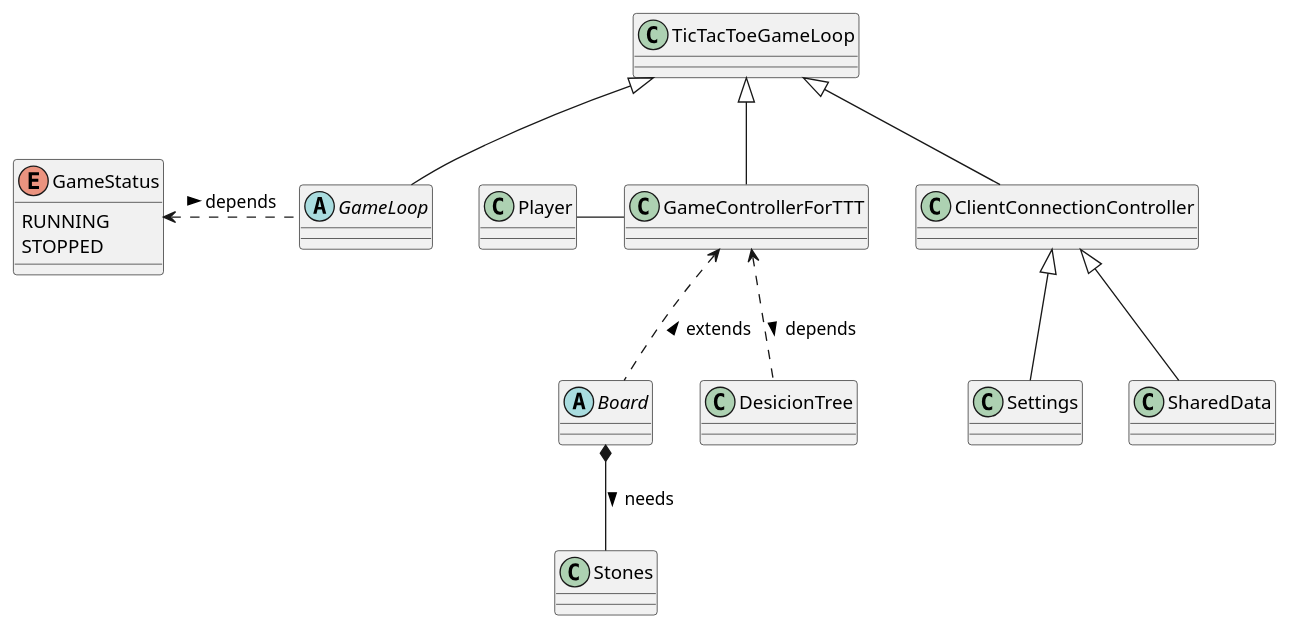
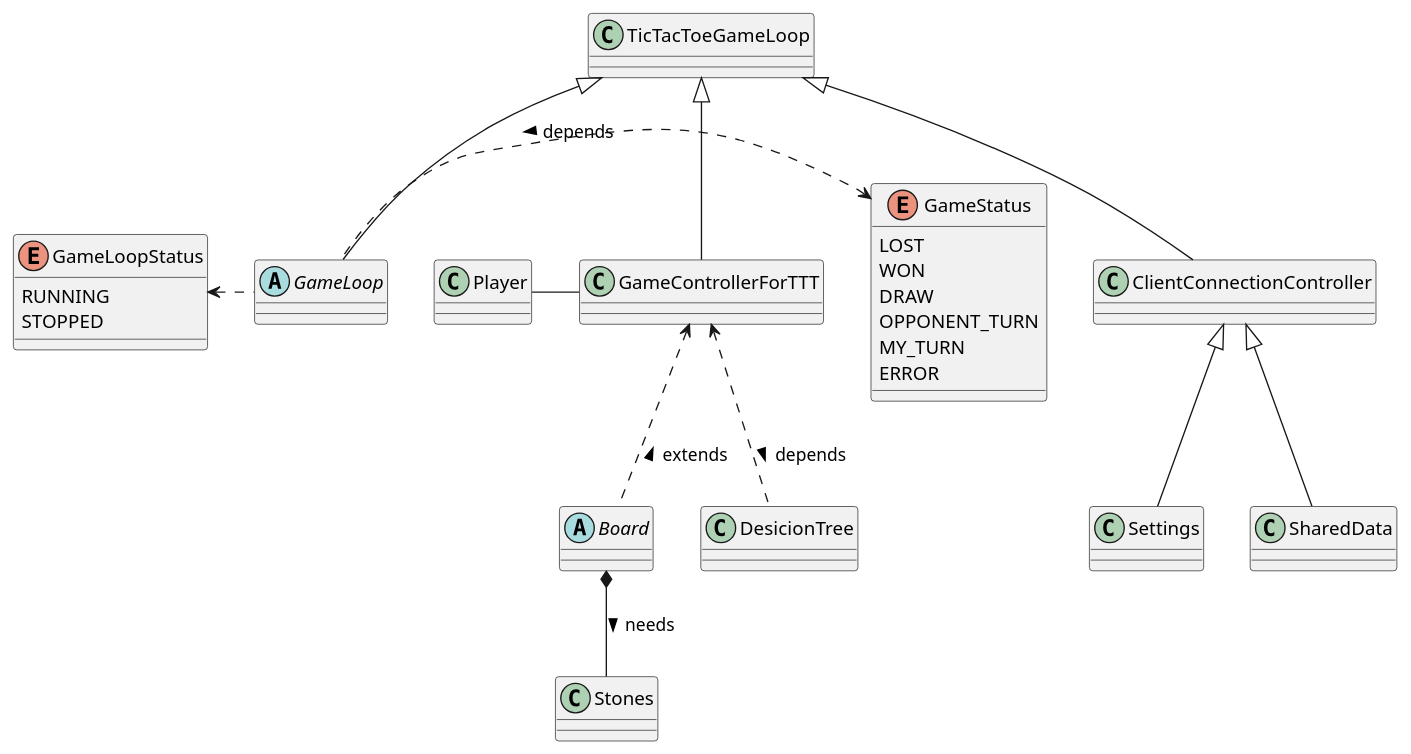
One commit to nicolaydammer/projectintelligentesystemen changed the diagram in diagrams/TicTacToe.puml. Above: the diagram before and after it, drawn with PlantUML. The commit also changed 15 other files, not shown here.

```diff
--- a/diagrams/TicTacToe.puml
+++ b/diagrams/TicTacToe.puml
@@ -1,46 +1,48 @@
 @startuml
 'https://plantuml.com/class-diagram
 
 abstract class GameLoop
 class GameControllerForTTT
 class ClientConnectionController
 class Player
 abstract class Board
 class Stones
 class TicTacToeGameLoop
 class DesicionTree
 class Settings
 class SharedData
+enum GameStatus
+enum GameLoopStatus
 
 TicTacToeGameLoop <|-- GameLoop
 TicTacToeGameLoop <|--  ClientConnectionController
+GameLoopStatus <. GameLoop
 GameStatus <. GameLoop : > depends
+
 TicTacToeGameLoop <|-- GameControllerForTTT
 
 ClientConnectionController <|-- Settings
 ClientConnectionController <|-- SharedData
 
 Player - GameControllerForTTT
 GameControllerForTTT <.. DesicionTree : > depends
 GameControllerForTTT <.. Board : < extends
 Board *-- Stones : needs >
 
-
-
-
-
-
-
-
-
-
-
 abstract class GameLoop {
 }
 
-enum GameStatus {
+enum GameLoopStatus {
 RUNNING
 STOPPED
 }
 
+enum GameStatus {
+LOST
+WON
+DRAW
+OPPONENT_TURN
+MY_TURN
+ERROR
+}
 @enduml
```
